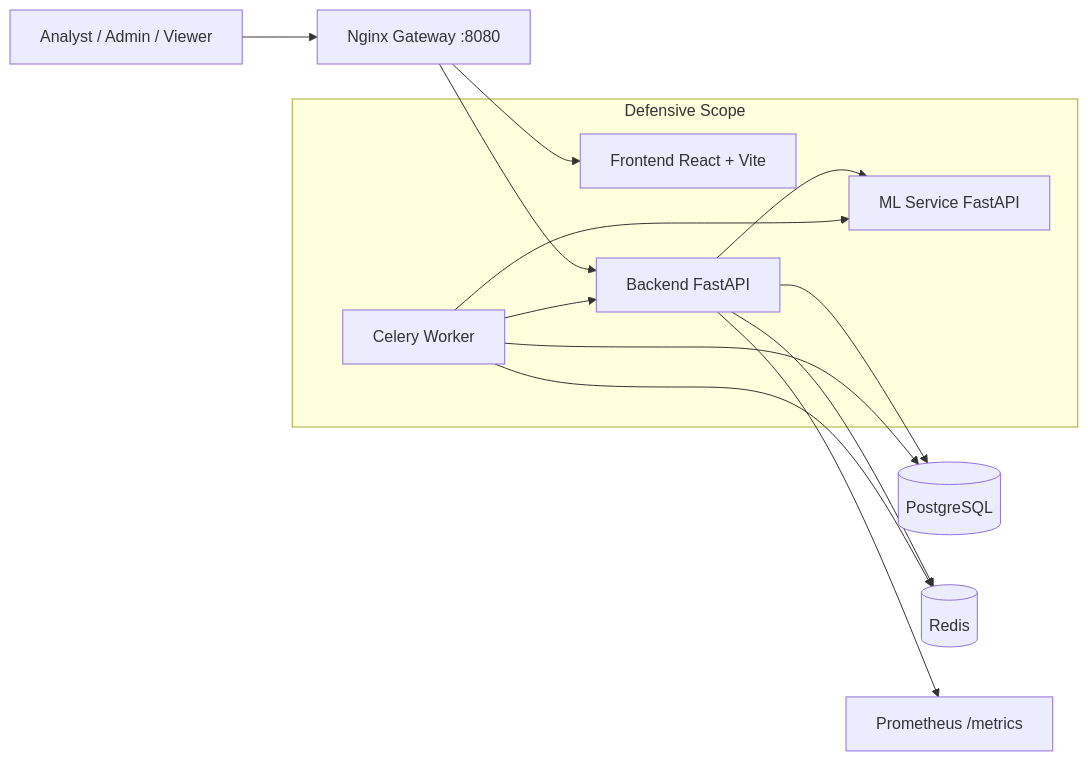
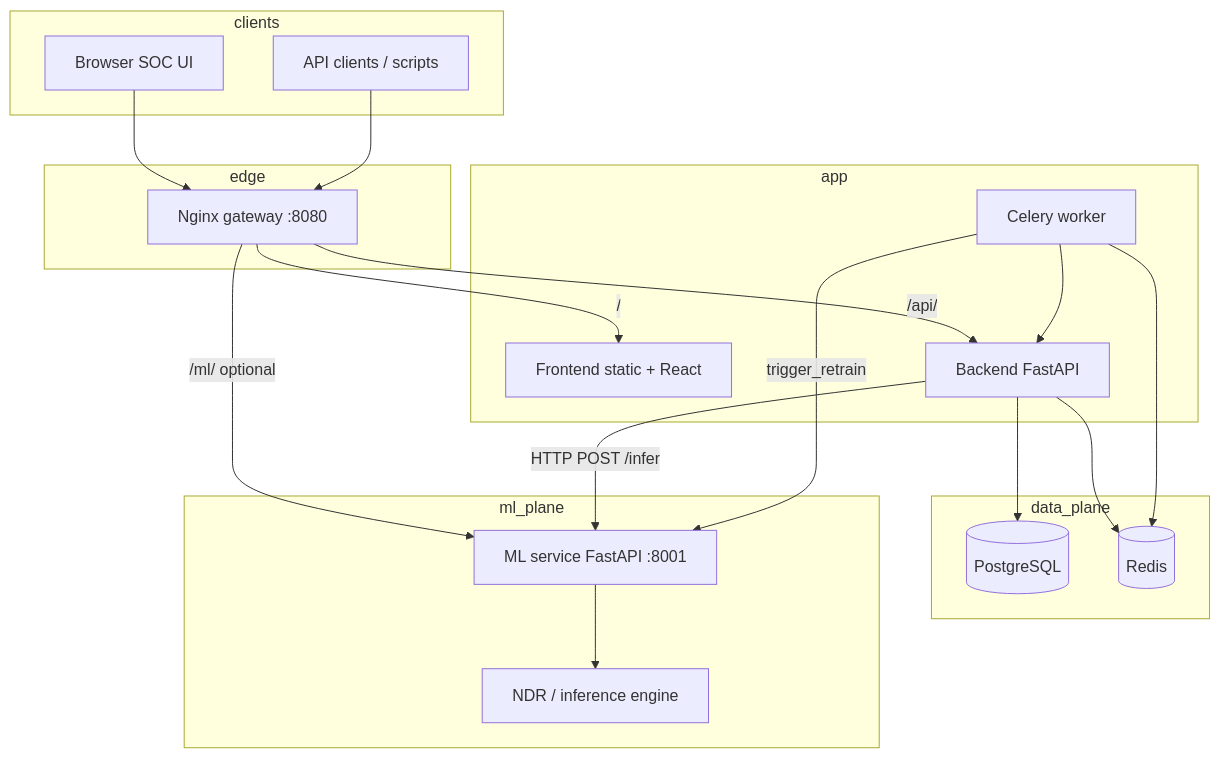
Before and after one commit to wessamsokar/OT-Security-Project: the first of 2 diagrams in README.md, drawn with Mermaid. The commit also changed other lines of this file and 25 other files, not shown here.

````diff
--- a/README.md
+++ b/README.md
@@ -7,24 +22,40 @@
 ```mermaid
-flowchart LR
-    U[Analyst / Admin / Viewer] --> G[Nginx Gateway :8080]
-    G --> F[Frontend React + Vite]
-    G --> B[Backend FastAPI]
+flowchart TB
+  subgraph clients
+    A[Browser SOC UI]
+    P[API clients / scripts]
+  end
 
-    B --> P[(PostgreSQL)]
-    B --> R[(Redis)]
-    B --> M[ML Service FastAPI]
+  subgraph edge
+    N[Nginx gateway :8080]
+  end
 
-    BW[Celery Worker] --> R
-    BW --> B
-    BW --> M
-    BW --> P
+  subgraph app
+    F[Frontend static + React]
+    B[Backend FastAPI]
+    W[Celery worker]
+  end
 
-    B --> X[Prometheus /metrics]
+  subgraph data_plane
+    PG[(PostgreSQL)]
+    RD[(Redis)]
+  end
 
-    subgraph Defensive Scope
-      F
-      B
-      M
-      BW
-    end
+  subgraph ml_plane
+    M[ML service FastAPI :8001]
+    ME[NDR / inference engine]
+  end
+
+  A --> N
+  P --> N
+  N -->|"/"| F
+  N -->|"/api/"| B
+  N -->|"/ml/" optional| M
+  B --> PG
+  B --> RD
+  B -->|HTTP POST /infer| M
+  M --> ME
+  W --> RD
+  W --> B
+  W -->|trigger_retrain| M
 ```
````
